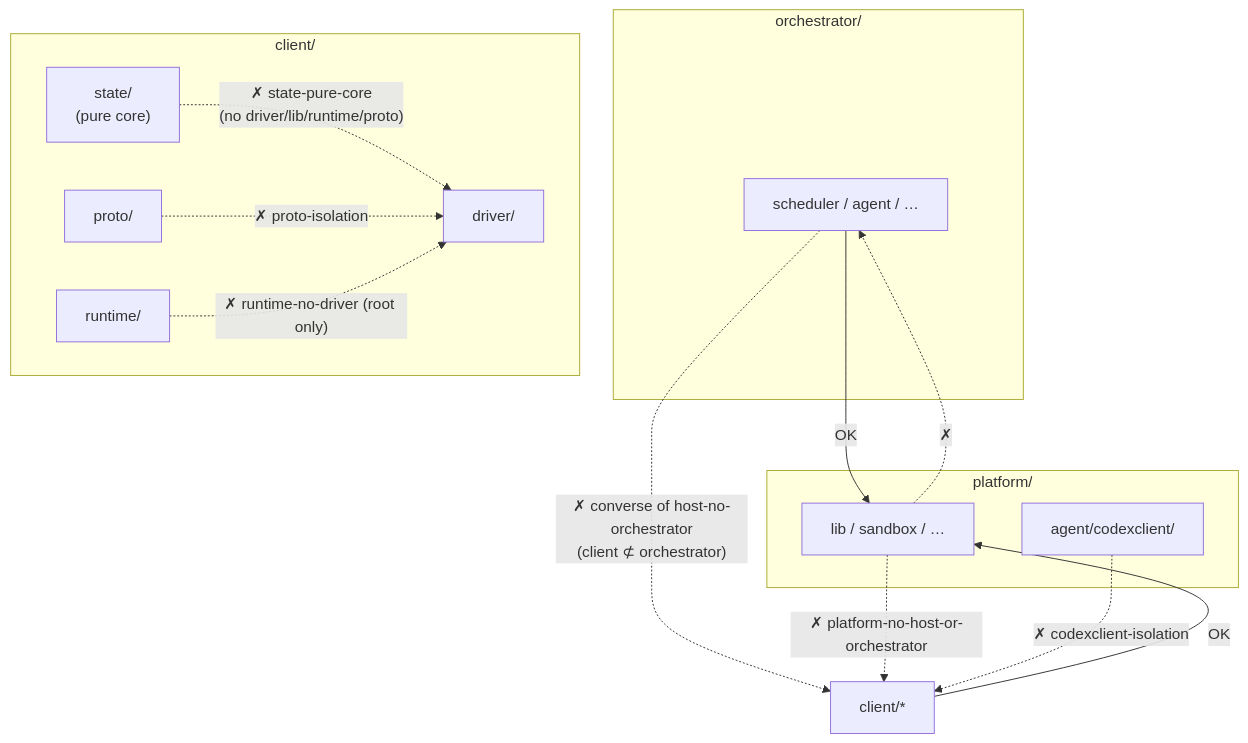
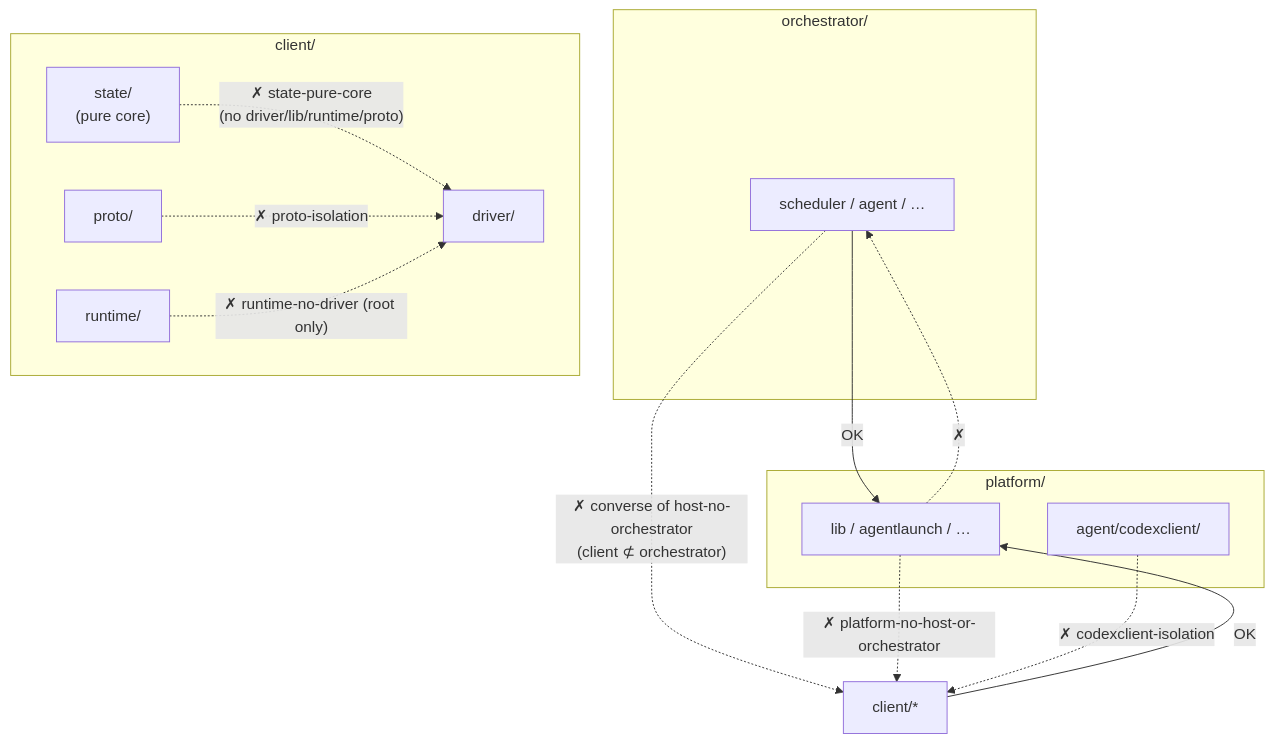
One commit to takezoh/agent-grid changed the diagram in docs/note/note-20260624-technical-code-enforcement.md. Above: the diagram before and after it, drawn with Mermaid. The commit also changed other lines of this file and 274 other files, not shown here.

````diff
--- a/docs/note/note-20260624-technical-code-enforcement.md
+++ b/docs/note/note-20260624-technical-code-enforcement.md
@@ -53,27 +53,27 @@
 ```mermaid
 flowchart TD
     subgraph orchestrator["orchestrator/"]
         ORCH["scheduler / agent / …"]
     end
     subgraph client["client/"]
         STATE["state/<br/>(pure core)"]
         PROTO["proto/"]
         RT["runtime/"]
         DRIVER["driver/"]
     end
     subgraph platform["platform/"]
-        PLAT["lib / sandbox / …"]
+        PLAT["lib / agentlaunch / …"]
         CODEXC["agent/codexclient/"]
     end
 
     ORCH -->|OK| PLAT
     CLIENTBOX["client/*"] -->|OK| PLAT
     ORCH -. "✗ converse of host-no-orchestrator<br/>(client ⊄ orchestrator)" .-> CLIENTBOX
     PLAT -. "✗ platform-no-host-or-orchestrator" .-> CLIENTBOX
     PLAT -. "✗" .-> ORCH
     CODEXC -. "✗ codexclient-isolation" .-> CLIENTBOX
 
     STATE -. "✗ state-pure-core<br/>(no driver/lib/runtime/proto)" .-> DRIVER
     PROTO -. "✗ proto-isolation" .-> DRIVER
     RT -. "✗ runtime-no-driver (root only)" .-> DRIVER
 ```
````
